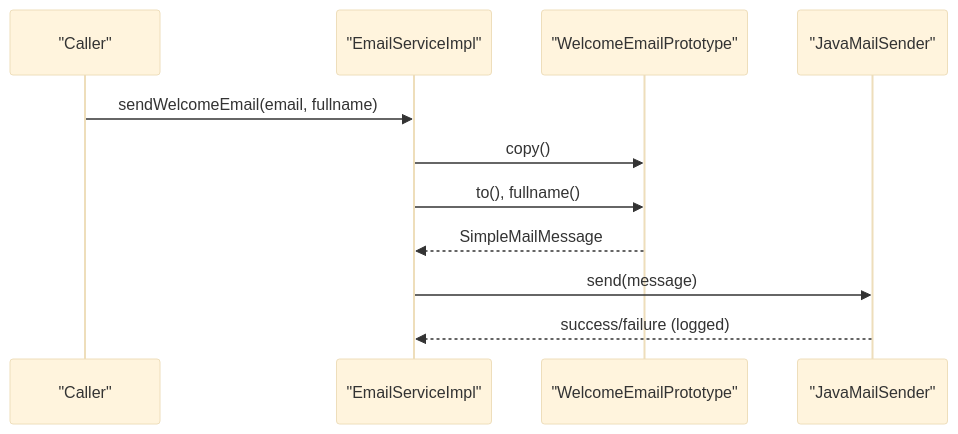
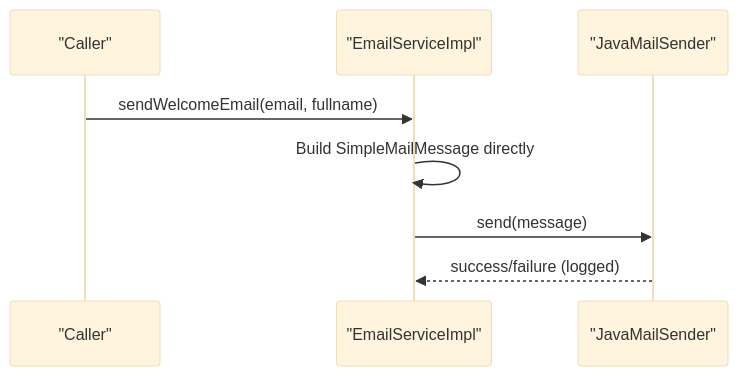
The fourth of 5 diagrams in .qoder/repowiki/en/content/Core Features Implementation/Email Notification System.md (anhtudayne/Design_Pattern), drawn with Mermaid (base theme) before and after one commit. The commit also changed other lines of this file and 10 other files, not shown here.

````diff
--- a/.qoder/repowiki/en/content/Core Features Implementation/Email Notification System.md
+++ b/.qoder/repowiki/en/content/Core Features Implementation/Email Notification System.md
@@ -234,13 +140,10 @@
 ```mermaid
 sequenceDiagram
 participant Caller as "Caller"
 participant Svc as "EmailServiceImpl"
-participant ProtoW as "WelcomeEmailPrototype"
 participant Mail as "JavaMailSender"
 Caller->>Svc : sendWelcomeEmail(email, fullname)
-Svc->>ProtoW : copy()
-Svc->>ProtoW : to(), fullname()
-ProtoW-->>Svc : SimpleMailMessage
+Svc->>Svc : Build SimpleMailMessage directly
 Svc->>Mail : send(message)
 Mail-->>Svc : success/failure (logged)
 ```
````
